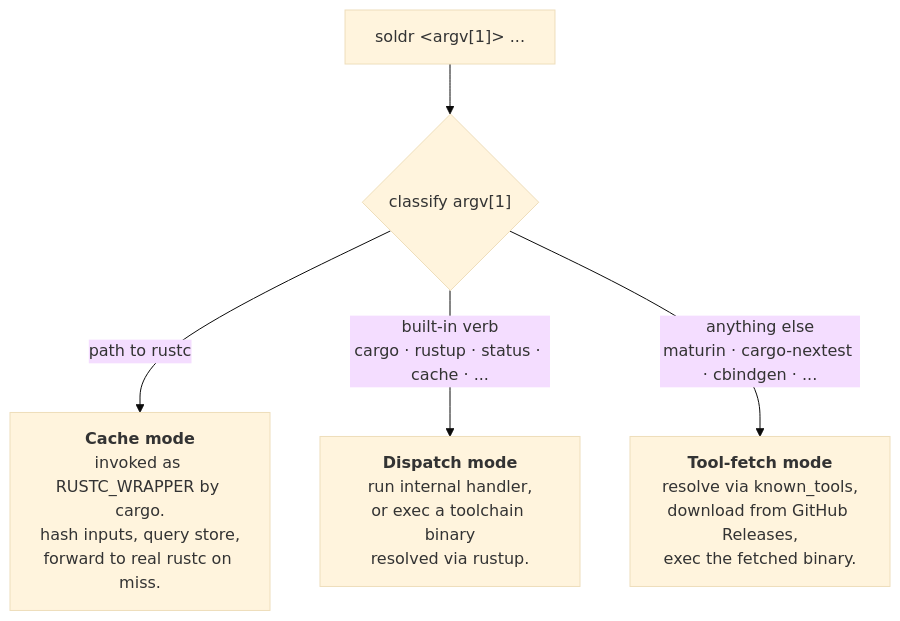
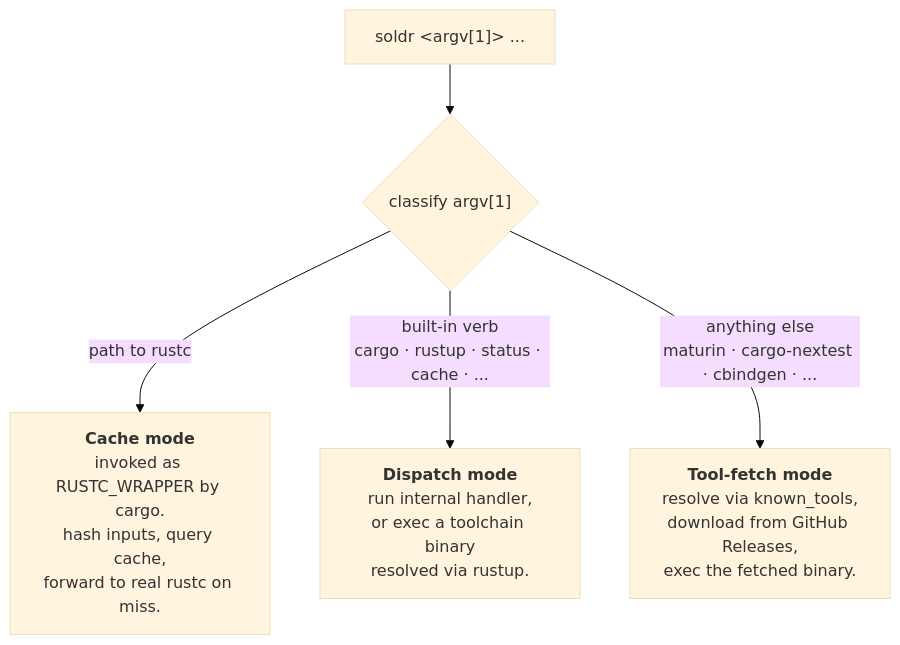
Before and after one commit to zackees/soldr: the first of 2 diagrams in README.md, drawn with Mermaid (base theme). The commit also changed other lines of this file, not shown here.

````diff
--- a/README.md
+++ b/README.md
@@ -589,7 +400,7 @@
 ```mermaid
 flowchart TD
     A["soldr &lt;argv[1]&gt; ..."] --> B{"classify argv[1]"}
-    B -->|"path to rustc"| C["<b>Cache mode</b><br/>invoked as RUSTC_WRAPPER by cargo.<br/>hash inputs, query store,<br/>forward to real rustc on miss."]
+    B -->|"path to rustc"| C["<b>Cache mode</b><br/>invoked as RUSTC_WRAPPER by cargo.<br/>hash inputs, query cache,<br/>forward to real rustc on miss."]
     B -->|"built-in verb<br/>cargo · rustup · status · cache · ..."| D["<b>Dispatch mode</b><br/>run internal handler,<br/>or exec a toolchain binary<br/>resolved via rustup."]
     B -->|"anything else<br/>maturin · cargo-nextest · cbindgen · ..."| E["<b>Tool-fetch mode</b><br/>resolve via known_tools,<br/>download from GitHub Releases,<br/>exec the fetched binary."]
 ```
````
